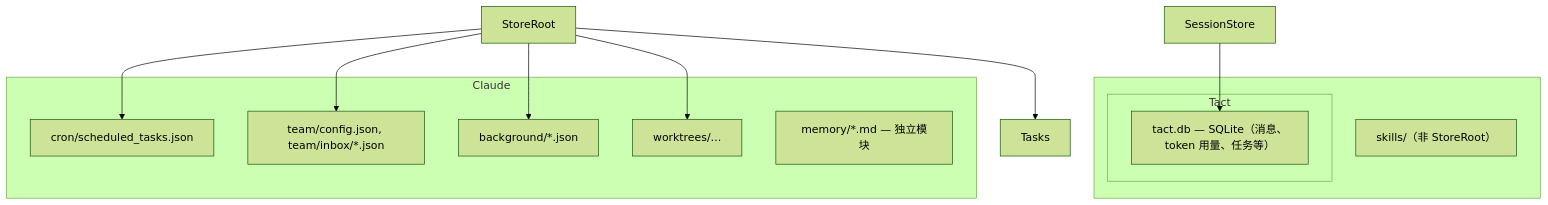
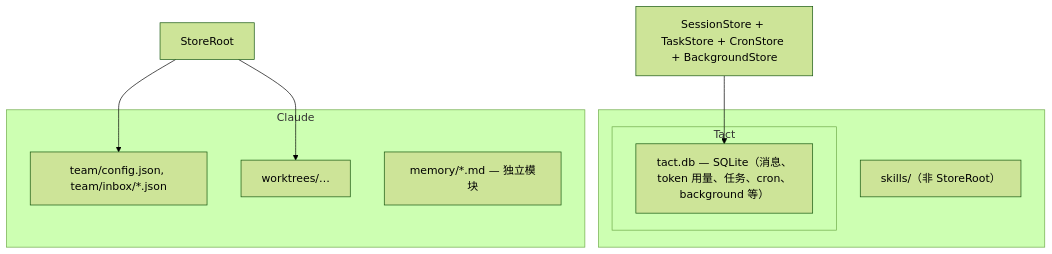
One commit to rust-infra/tact changed the first of 2 diagrams in book/01_chapter_store_zh.md. Above: the diagram before and after it, drawn with Mermaid (forest theme). The commit also changed other lines of this file and 23 other files, not shown here.

First line of the commit message:
feat(store): migrate cron and background storage from JSON to SQLite

````diff
--- a/book/01_chapter_store_zh.md
+++ b/book/01_chapter_store_zh.md
@@ -20,28 +20,23 @@
 ```mermaid
 graph TB
     subgraph Workdir["<workdir>"]
         Tact[".tact/"]
         Tact[".tact/"]
         Skills["skills/（非 StoreRoot）"]
     end
 
     subgraph Tact
-        DB["tact.db — SQLite（消息、token 用量、任务等）"]
+        DB["tact.db — SQLite（消息、token 用量、任务、cron、background 等）"]
     end
 
     subgraph Claude
-        Cron["cron/scheduled_tasks.json"]
         Team["team/config.json, team/inbox/*.json"]
-        BG["background/*.json"]
         WT["worktrees/…"]
         Mem["memory/*.md — 独立模块"]
     end
 
-    SR[StoreRoot] --> Tasks
-    SR --> Cron
-    SR --> Team
-    SR --> BG
+    SR[StoreRoot] --> Team
     SR --> WT
 
-    SS[SessionStore] --> DB
+    SS[SessionStore + TaskStore + CronStore + BackgroundStore] --> DB
 ```
````
